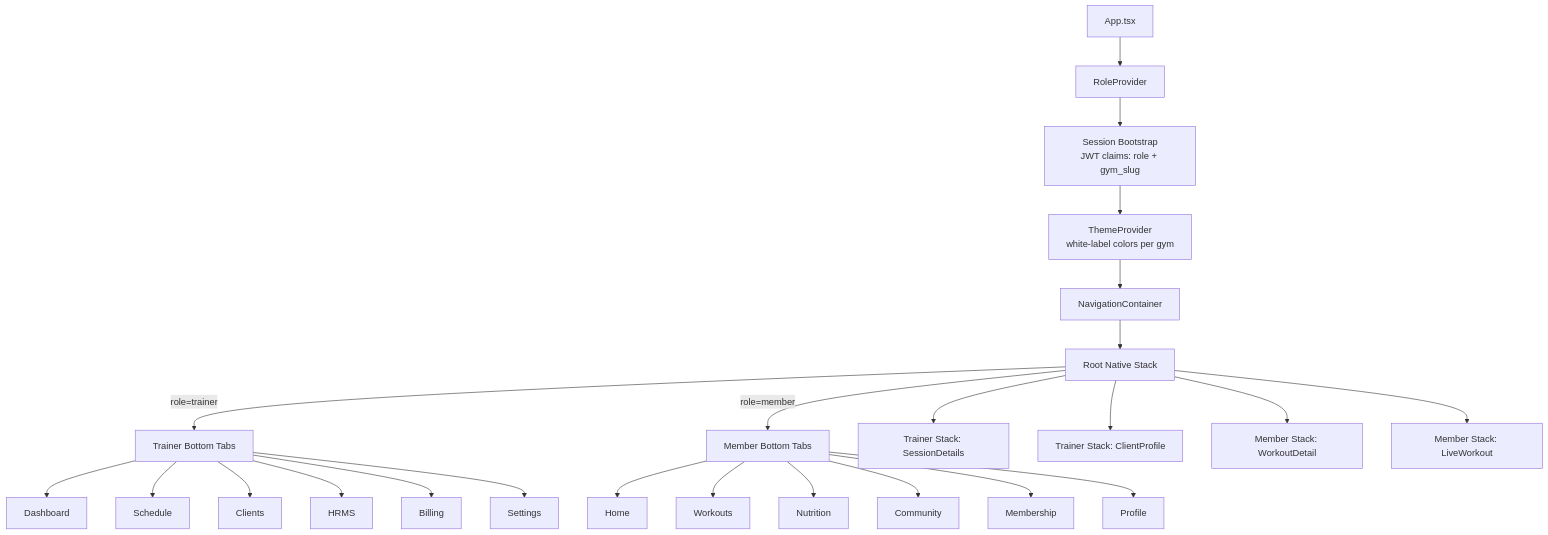
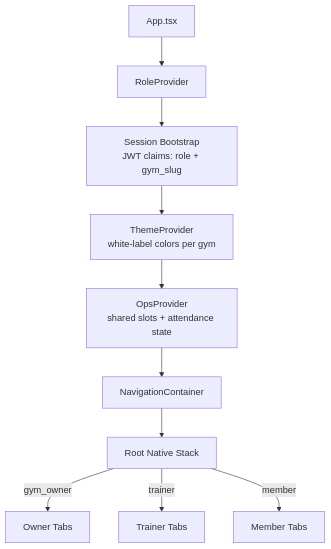
The first of 5 diagrams in frontend/mobile-app/SCREEN_FLOW.md (atharshah1/gimios), drawn with Mermaid before and after one commit. The commit also changed other lines of this file and 16 other files, not shown here.

Commit message:
Add gym owner flow and connect owner-trainer-member attendance pipeline

````diff
--- a/frontend/mobile-app/SCREEN_FLOW.md
+++ b/frontend/mobile-app/SCREEN_FLOW.md
@@ -7,31 +7,13 @@
 ```mermaid
 flowchart TB
     A[App.tsx] --> B[RoleProvider]
     B --> C[Session Bootstrap\nJWT claims: role + gym_slug]
     C --> D[ThemeProvider\nwhite-label colors per gym]
-    D --> E[NavigationContainer]
+    D --> O[OpsProvider\nshared slots + attendance state]
+    O --> E[NavigationContainer]
     E --> F[Root Native Stack]
 
-    F -->|role=trainer| TABS1[Trainer Bottom Tabs]
-    F -->|role=member| TABS2[Member Bottom Tabs]
-
-    TABS1 --> TS1[Dashboard]
-    TABS1 --> TS2[Schedule]
-    TABS1 --> TS3[Clients]
-    TABS1 --> TS4[HRMS]
-    TABS1 --> TS5[Billing]
-    TABS1 --> TS6[Settings]
-
-    F --> TD1[Trainer Stack: SessionDetails]
-    F --> TD2[Trainer Stack: ClientProfile]
-
-    TABS2 --> MS1[Home]
-    TABS2 --> MS2[Workouts]
-    TABS2 --> MS3[Nutrition]
-    TABS2 --> MS4[Community]
-    TABS2 --> MS5[Membership]
-    TABS2 --> MS6[Profile]
-
-    F --> MD1[Member Stack: WorkoutDetail]
-    F --> MD2[Member Stack: LiveWorkout]
+    F -->|gym_owner| OT[Owner Tabs]
+    F -->|trainer| TT[Trainer Tabs]
+    F -->|member| MT[Member Tabs]
 ```
````
